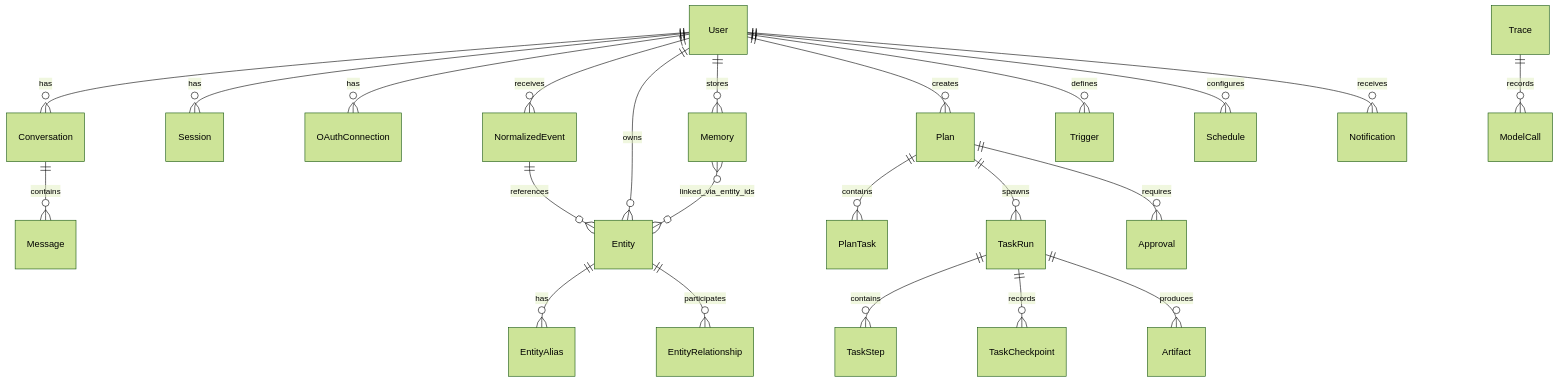
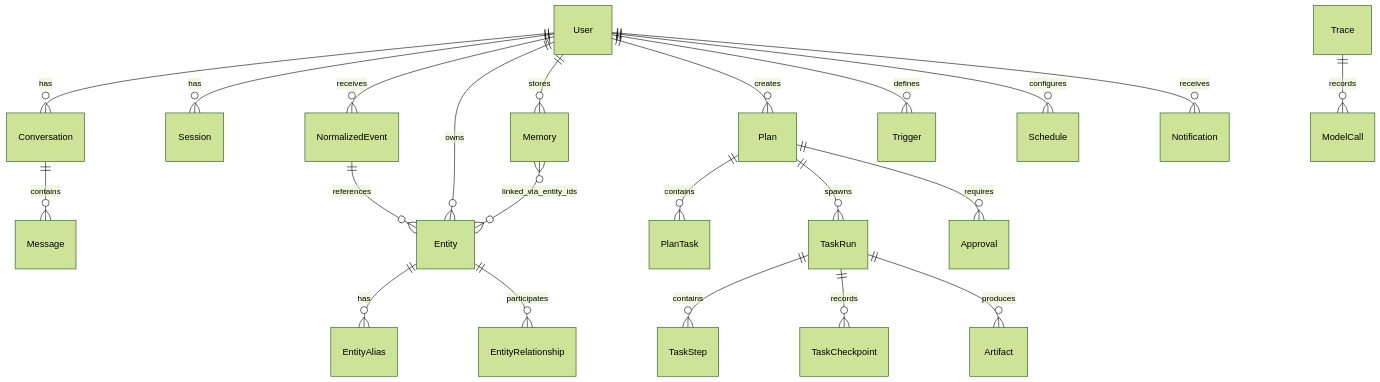
One commit to shivadharmi/muldro changed the first of 2 diagrams in docs/architecture/data-model.md. Above: the diagram before and after it, drawn with Mermaid (forest theme). The commit also changed other lines of this file and 14 other files, not shown here.

First line of the commit message:
docs: sync durable architecture docs with post-rebuild code

````diff
--- a/docs/architecture/data-model.md
+++ b/docs/architecture/data-model.md
@@ -5,33 +5,32 @@
 ```mermaid
 erDiagram
     User ||--o{ Conversation : has
     User ||--o{ Session : has
-    User ||--o{ OAuthConnection : has
     User ||--o{ NormalizedEvent : receives
     User ||--o{ Entity : owns
     User ||--o{ Memory : stores
     User ||--o{ Plan : creates
     User ||--o{ Trigger : defines
     User ||--o{ Schedule : configures
     User ||--o{ Notification : receives
 
     Conversation ||--o{ Message : contains
 
     NormalizedEvent ||--o{ Entity : references
 
     Entity ||--o{ EntityAlias : has
     Entity ||--o{ EntityRelationship : participates
 
     Memory }o--o{ Entity : linked_via_entity_ids
 
     Plan ||--o{ PlanTask : contains
     Plan ||--o{ TaskRun : spawns
     Plan ||--o{ Approval : requires
 
     TaskRun ||--o{ TaskStep : contains
     TaskRun ||--o{ TaskCheckpoint : records
     TaskRun ||--o{ Artifact : produces
 
     Trace ||--o{ ModelCall : records
 
 ```
````
